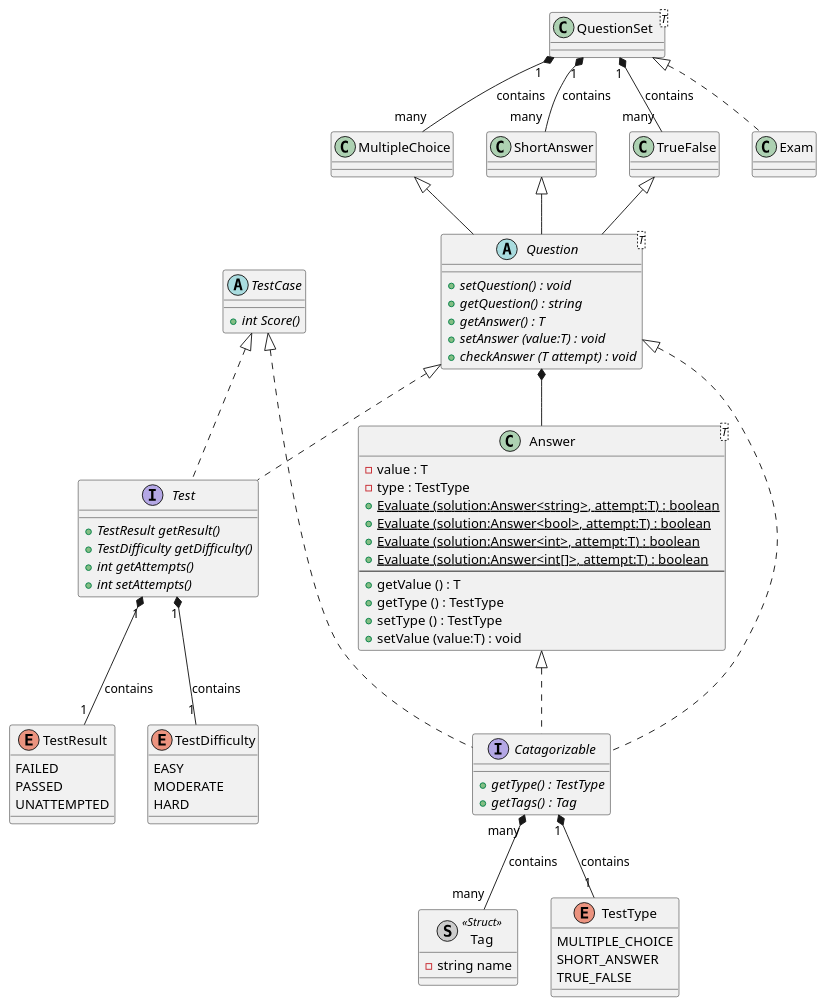
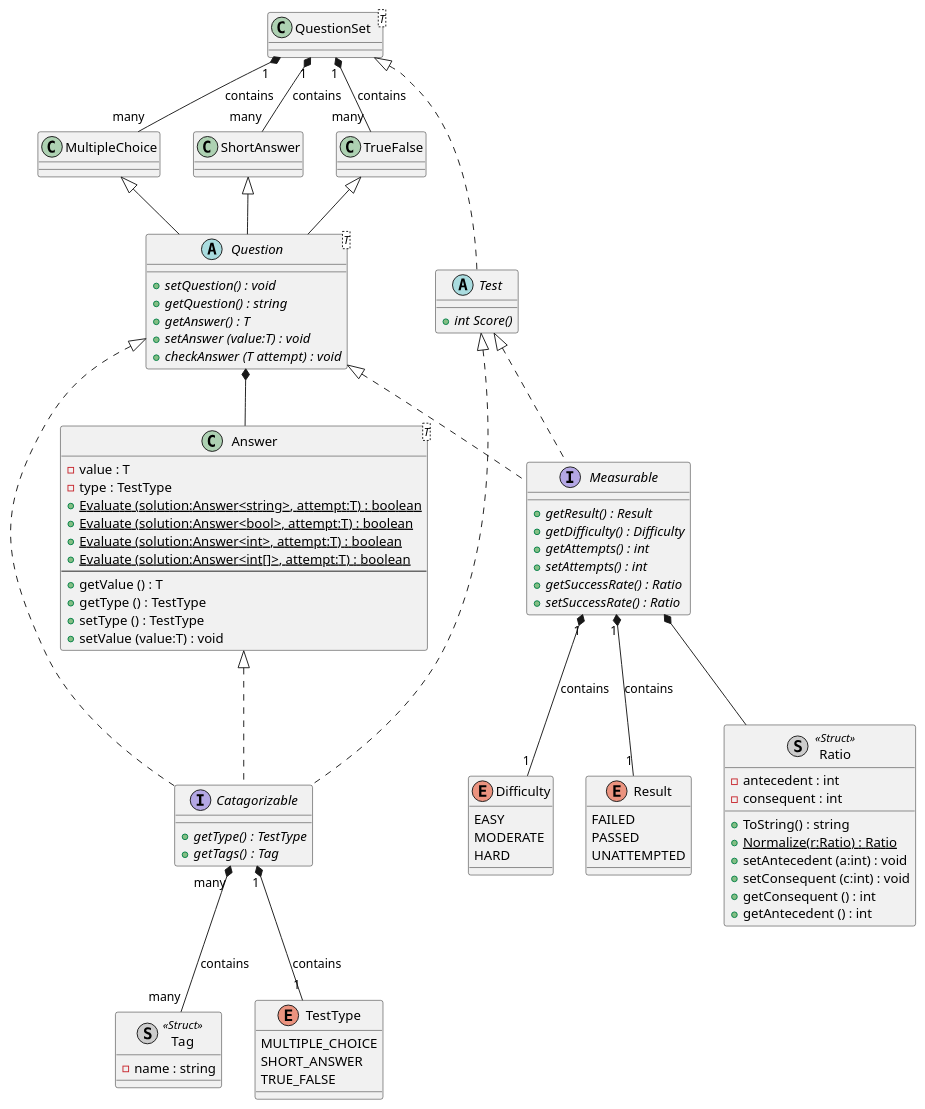
Before and after one commit to benjm-ma/quizzical: the diagram in uml/classes.puml, drawn with PlantUML.

Commit message:
Updated UML to reflect refractor

```diff
--- a/uml/classes.puml
+++ b/uml/classes.puml
@@ -1,95 +1,110 @@
 @startuml quizr
 
 
 class Tag << (S,#cccccc) Struct >>
 class Tag {
-    - string name
+    - name : string
 }
 
-interface Test {
-    + {abstract} TestResult getResult()
-    + {abstract} TestDifficulty getDifficulty()
-    + {abstract} int getAttempts()
-    + {abstract} int setAttempts()
+class Ratio << (S,#cccccc) Struct >>
+class Ratio {
+    - antecedent : int
+    - consequent : int
+    + ToString() : string
+    + {static} Normalize(r:Ratio) : Ratio
+    + setAntecedent (a:int) : void
+    + setConsequent (c:int) : void
+    + getConsequent () : int
+    + getAntecedent () : int
 }
 
-Test "1" *-- "1" TestDifficulty : contains
-enum TestDifficulty {
+Measurable *-- Ratio
+interface Measurable {
+    + {abstract} getResult() : Result
+    + {abstract} getDifficulty() : Difficulty
+    + {abstract} getAttempts() : int
+    + {abstract} setAttempts() : int
+    + {abstract} getSuccessRate() : Ratio
+    + {abstract} setSuccessRate() : Ratio
+}
+
+Measurable "1" *-- "1" Difficulty : contains
+enum Difficulty {
     EASY
     MODERATE
     HARD
 }
 
-Test "1" *-- "1" TestResult : contains
-enum TestResult {
+Measurable "1" *-- "1" Result : contains
+enum Result {
     FAILED
     PASSED
     UNATTEMPTED
 }
 
 Catagorizable "1" *-- "1" TestType : contains
 Catagorizable "many" *-- "many" Tag :  contains
 interface Catagorizable {
     + {abstract} getType() : TestType
     + {abstract} getTags() : Tag
 }
 
-Question <|.. Test
+Question <|.. Measurable
 abstract Question <T> {
     + {abstract} setQuestion() : void
     + {abstract} getQuestion() : string
     + {abstract} getAnswer() : T
     + {abstract} setAnswer (value:T) : void
     + {abstract} checkAnswer (T attempt) : void
 }
 
 
 enum TestType {
     MULTIPLE_CHOICE
     SHORT_ANSWER
     TRUE_FALSE
 }
 Question       <|..Catagorizable
 MultipleChoice <|--Question
 ShortAnswer    <|--Question
 TrueFalse      <|--Question
 
 class ShortAnswer {
 
 }
 class TrueFalse {
 
 }
 
-TestCase <|.. Catagorizable
-TestCase <|.. Test
-abstract TestCase {
+Test <|.. Catagorizable
+Test <|.. Measurable
+abstract Test {
     + {abstract} int Score()
 }
 
 class QuestionSet<T> {
 
 }
 
 QuestionSet "1" *-- "many" TrueFalse: contains
 QuestionSet "1" *-- "many" ShortAnswer: contains
 QuestionSet "1" *-- "many" MultipleChoice: contains
-QuestionSet <|.. Exam
+QuestionSet <|.. Test
 
 Question *-- Answer
 Answer <|.. Catagorizable
 class Answer<T> {
     - value : T
     - type : TestType
     + {static} Evaluate (solution:Answer<string>, attempt:T) : boolean
     + {static} Evaluate (solution:Answer<bool>, attempt:T) : boolean
     + {static} Evaluate (solution:Answer<int>, attempt:T) : boolean
     + {static} Evaluate (solution:Answer<int[]>, attempt:T) : boolean
     --
     + getValue () : T
     + getType () : TestType
     + setType () : TestType
     + setValue (value:T) : void
 }
 
 @enduml
```
